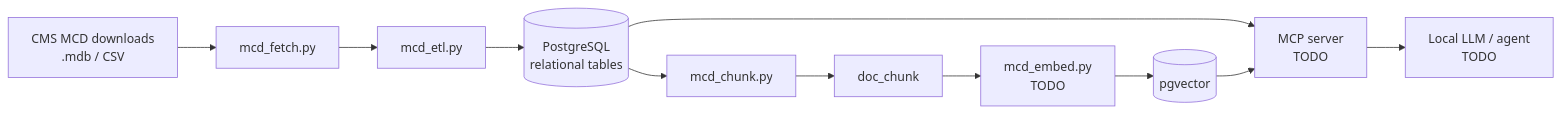
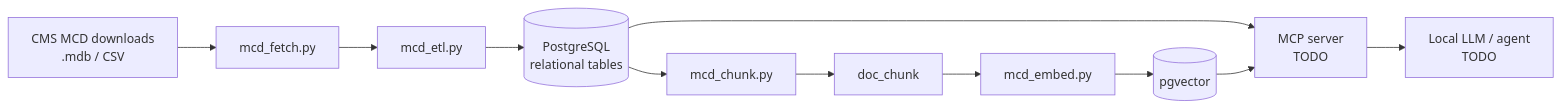
The diagram in README.md (barrett7212/medicare-coverage-rag), drawn with Mermaid before and after one commit. The commit also changed other lines of this file and 7 other files, not shown here.

````diff
--- a/README.md
+++ b/README.md
@@ -47,13 +47,13 @@
 ```mermaid
 flowchart LR
     A[CMS MCD downloads<br/>.mdb / CSV] --> B[mcd_fetch.py]
     B --> C[mcd_etl.py]
     C --> D[(PostgreSQL<br/>relational tables)]
     D --> E[mcd_chunk.py]
     E --> F[doc_chunk]
-    F --> G[mcd_embed.py<br/>TODO]
+    F --> G[mcd_embed.py]
     G --> H[(pgvector)]
     D --> I[MCP server<br/>TODO]
     H --> I
     I --> J[Local LLM / agent<br/>TODO]
 ```
````
